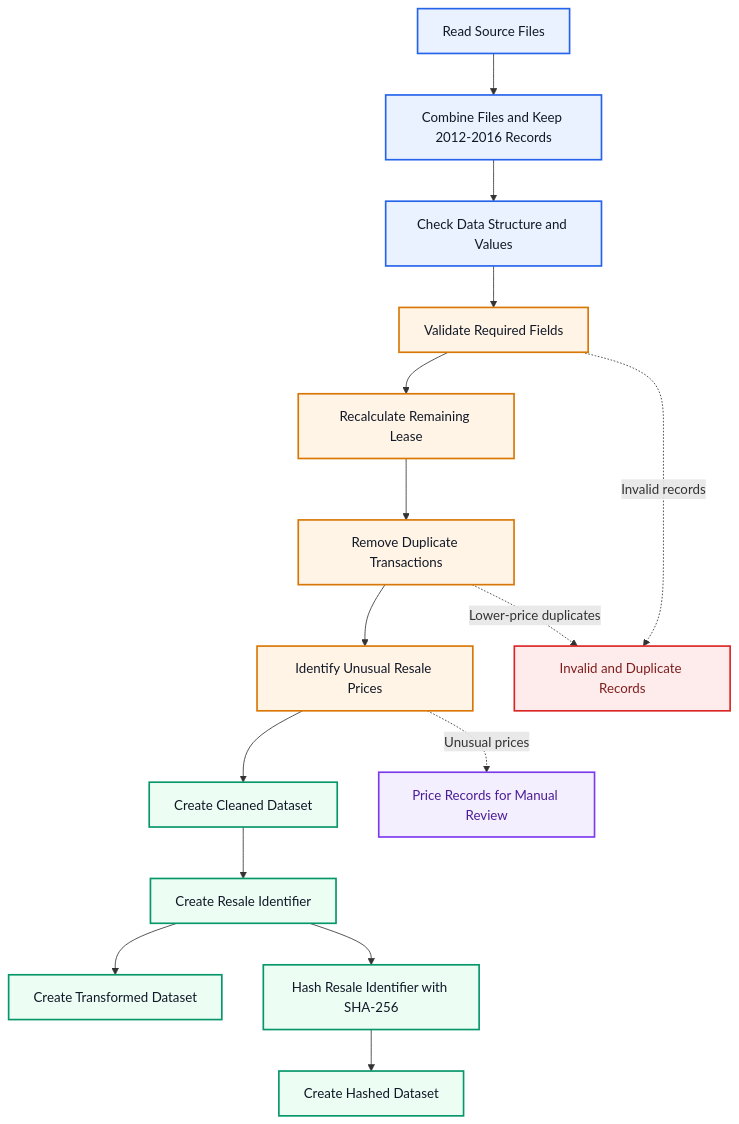
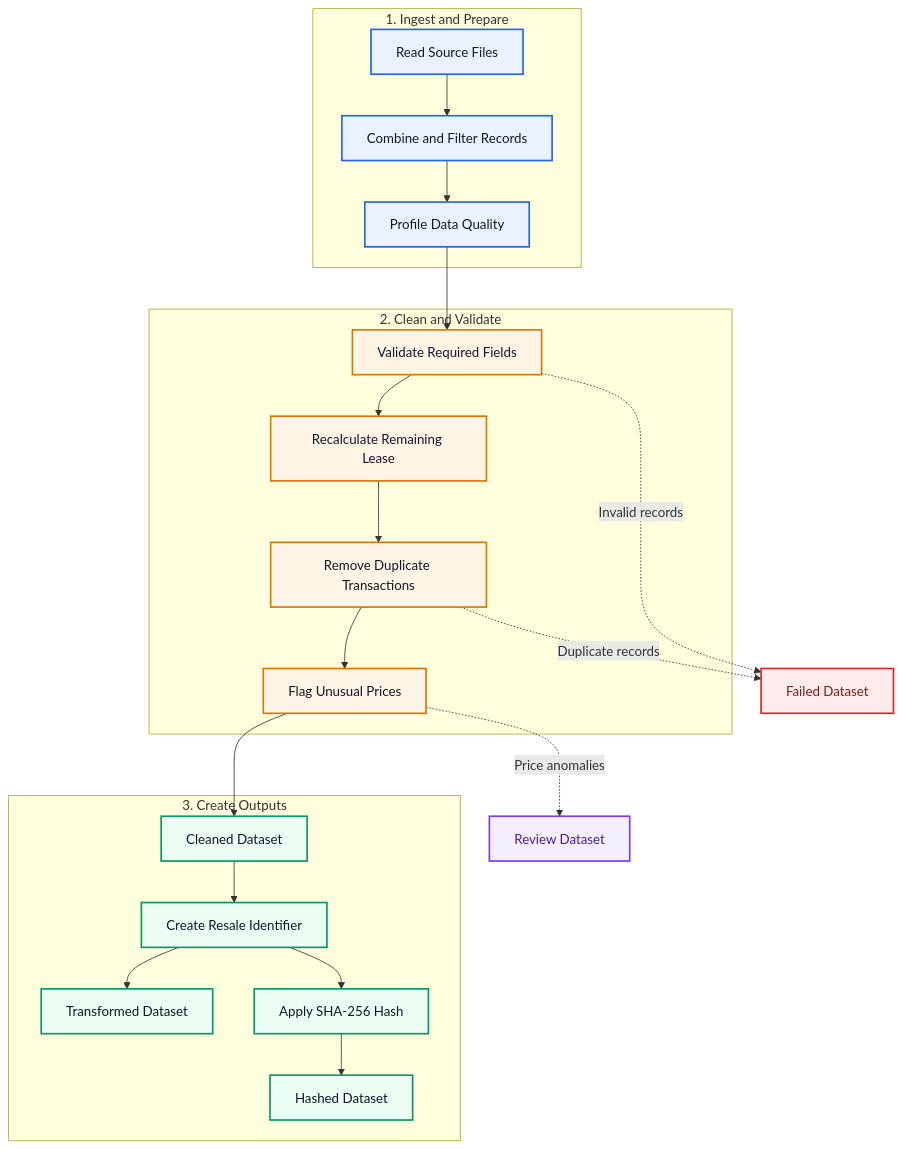
One commit to blaire101/HDB_SDE_Technical_Test_26 changed the diagram in README.md. Above: the diagram before and after it, drawn with Mermaid.

````diff
--- a/README.md
+++ b/README.md
@@ -10,46 +10,47 @@
 ```mermaid
 flowchart TD
-    A[Read Source Files]
-    B[Combine Files and Keep 2012-2016 Records]
-    C[Check Data Structure and Values]
-    D[Validate Required Fields]
-    E[Recalculate Remaining Lease]
-    F[Remove Duplicate Transactions]
-    G[Identify Unusual Resale Prices]
-    H[Create Cleaned Dataset]
-    I[Create Resale Identifier]
-    J[Create Transformed Dataset]
-    K[Hash Resale Identifier with SHA-256]
-    L[Create Hashed Dataset]
+    subgraph P1[1. Ingest and Prepare]
+        A[Read Source Files]
+        B[Combine and Filter Records]
+        C[Profile Data Quality]
+        A --> B --> C
+    end
 
-    X[Invalid and Duplicate Records]
-    Y[Price Records for Manual Review]
+    subgraph P2[2. Clean and Validate]
+        D[Validate Required Fields]
+        E[Recalculate Remaining Lease]
+        F[Remove Duplicate Transactions]
+        G[Flag Unusual Prices]
+        D --> E --> F --> G
+    end
 
-    A --> B
-    B --> C
+    subgraph P3[3. Create Outputs]
+        H[Cleaned Dataset]
+        I[Create Resale Identifier]
+        J[Transformed Dataset]
+        K[Apply SHA-256 Hash]
+        L[Hashed Dataset]
+        H --> I
+        I --> J
+        I --> K --> L
+    end
+
     C --> D
-    D --> E
-    E --> F
-    F --> G
     G --> H
-    H --> I
-    I --> J
-    I --> K
-    K --> L
 
-    D -. Invalid records .-> X
-    F -. Lower-price duplicates .-> X
-    G -. Unusual prices .-> Y
+    D -. Invalid records .-> X[Failed Dataset]
+    F -. Duplicate records .-> X
+    G -. Price anomalies .-> Y[Review Dataset]
 
-    classDef input fill:#EAF2FF,stroke:#2563EB,stroke-width:2px,color:#111827;
-    classDef check fill:#FFF4E5,stroke:#D97706,stroke-width:2px,color:#111827;
+    classDef ingest fill:#EAF2FF,stroke:#2563EB,stroke-width:2px,color:#111827;
+    classDef quality fill:#FFF4E5,stroke:#D97706,stroke-width:2px,color:#111827;
     classDef output fill:#ECFDF3,stroke:#059669,stroke-width:2px,color:#111827;
     classDef failed fill:#FEECEC,stroke:#DC2626,stroke-width:2px,color:#7F1D1D;
     classDef review fill:#F3EFFE,stroke:#7C3AED,stroke-width:2px,color:#4C1D95;
 
-    class A,B,C input;
-    class D,E,F,G check;
+    class A,B,C ingest;
+    class D,E,F,G quality;
     class H,I,J,K,L output;
     class X failed;
     class Y review;
 ```
````
